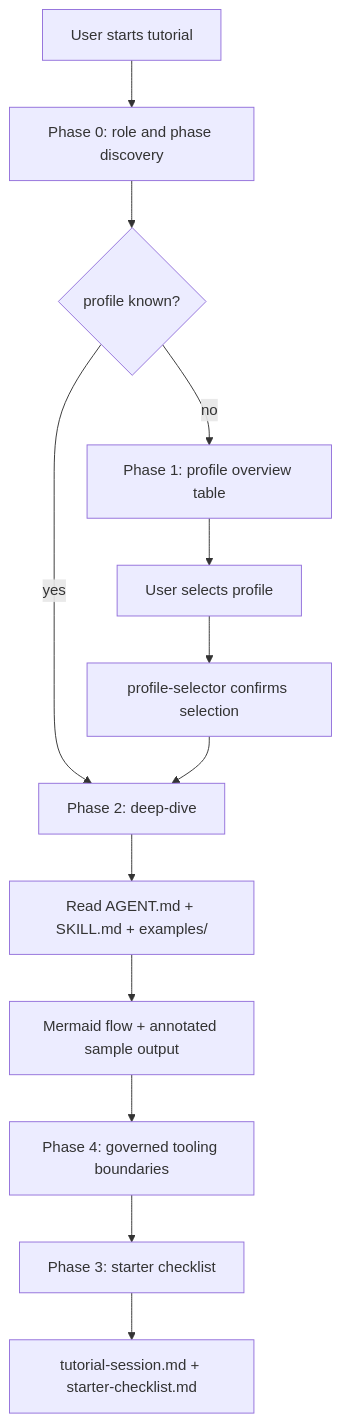
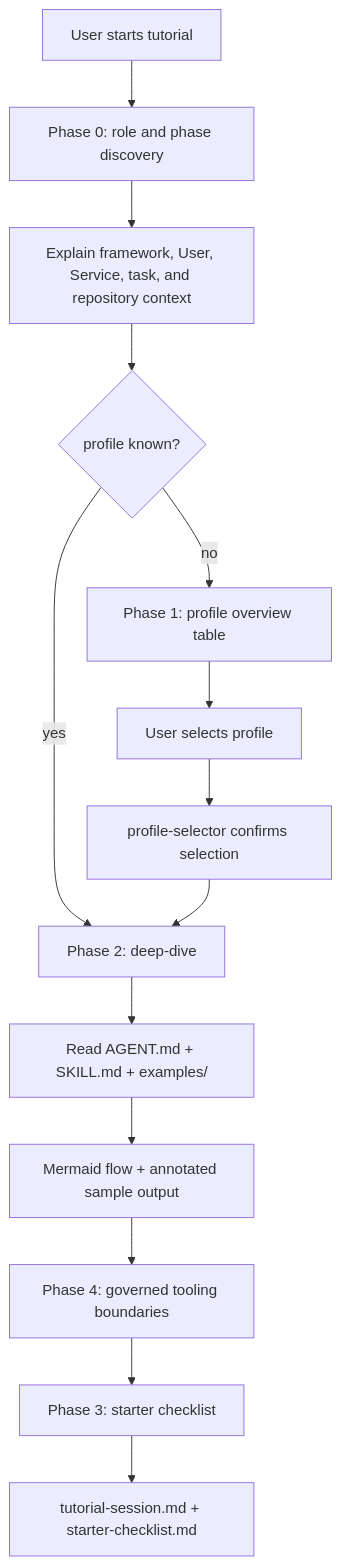
The diagram in agents/tutorial-agent/AGENT.md (bruuuuuce/mana), drawn with Mermaid before and after one commit. The commit also changed other lines of this file and 32 other files, not shown here.

First line of the commit message:
add reusable read-only User Context Layer

````diff
--- a/agents/tutorial-agent/AGENT.md
+++ b/agents/tutorial-agent/AGENT.md
@@ -177,15 +207,16 @@
 ```mermaid
 flowchart TD
     Start[User starts tutorial] --> Disc[Phase 0: role and phase discovery]
-    Disc --> Known{profile known?}
+    Disc --> Context[Explain framework, User, Service, task, and repository context]
+    Context --> Known{profile known?}
     Known -->|yes| Deep[Phase 2: deep-dive]
     Known -->|no| Overview[Phase 1: profile overview table]
     Overview --> Select[User selects profile]
     Select --> Selector[profile-selector confirms selection]
     Selector --> Deep
     Deep --> Read[Read AGENT.md + SKILL.md + examples/]
     Read --> Flow[Mermaid flow + annotated sample output]
     Flow --> Boundary[Phase 4: governed tooling boundaries]
     Boundary --> Check[Phase 3: starter checklist]
     Check --> Done[tutorial-session.md + starter-checklist.md]
 ```
````
